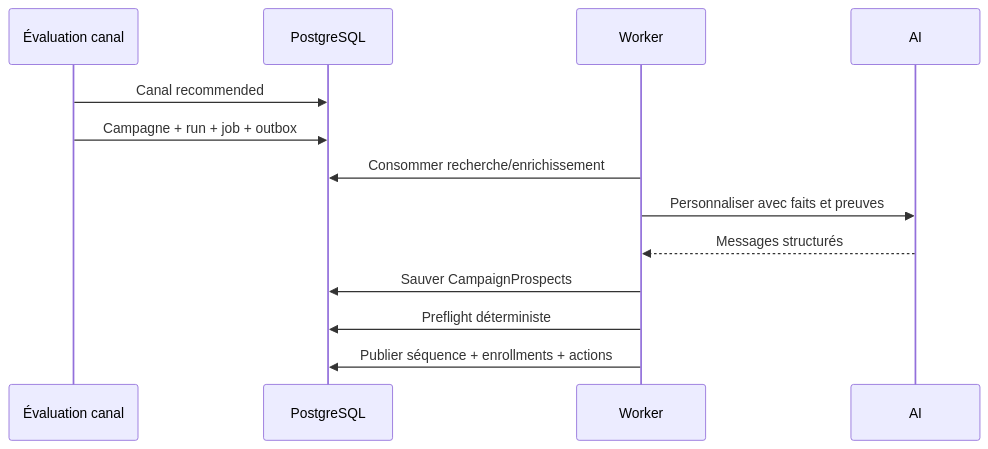
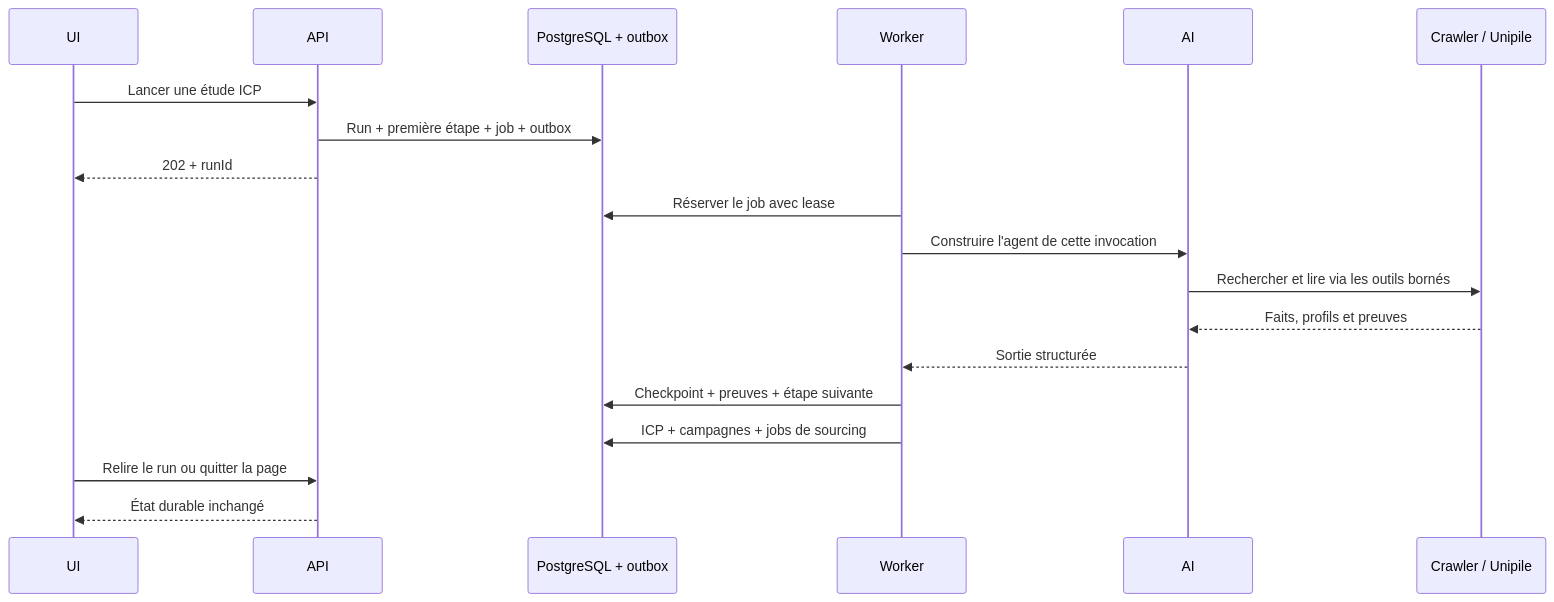
Before and after one commit to IgnitionAI/noosphere: the second of 8 diagrams in docs/architecture/FLOWS.md, drawn with Mermaid. The commit also changed other lines of this file and 20 other files, not shown here.

Commit message:
docs: reconcile Noosphere architecture

````diff
--- a/docs/architecture/FLOWS.md
+++ b/docs/architecture/FLOWS.md
@@ -5,16 +31,22 @@
 ```mermaid
 sequenceDiagram
-    participant Assessment as Évaluation canal
-    participant DB as PostgreSQL
+    participant UI
+    participant API
+    participant DB as PostgreSQL + outbox
     participant Worker
     participant AI
+    participant Sources as Crawler / Unipile
 
-    Assessment->>DB: Canal recommended
-    Assessment->>DB: Campagne + run + job + outbox
-    Worker->>DB: Consommer recherche/enrichissement
-    Worker->>AI: Personnaliser avec faits et preuves
-    AI-->>Worker: Messages structurés
-    Worker->>DB: Sauver CampaignProspects
-    Worker->>DB: Preflight déterministe
-    Worker->>DB: Publier séquence + enrollments + actions
+    UI->>API: Lancer une étude ICP
+    API->>DB: Run + première étape + job + outbox
+    API-->>UI: 202 + runId
+    Worker->>DB: Réserver le job avec lease
+    Worker->>AI: Construire l'agent de cette invocation
+    AI->>Sources: Rechercher et lire via les outils bornés
+    Sources-->>AI: Faits, profils et preuves
+    AI-->>Worker: Sortie structurée
+    Worker->>DB: Checkpoint + preuves + étape suivante
+    Worker->>DB: ICP + campagnes + jobs de sourcing
+    UI->>API: Relire le run ou quitter la page
+    API-->>UI: État durable inchangé
 ```
````
